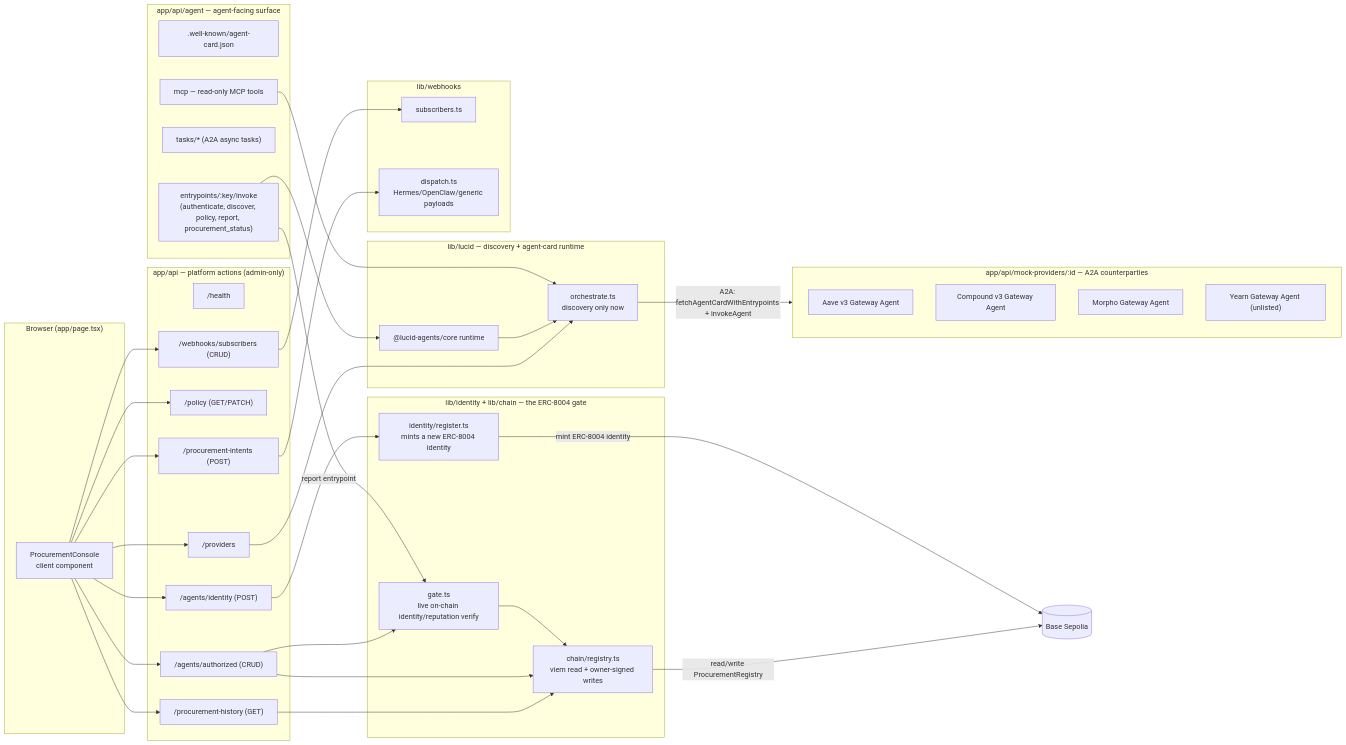
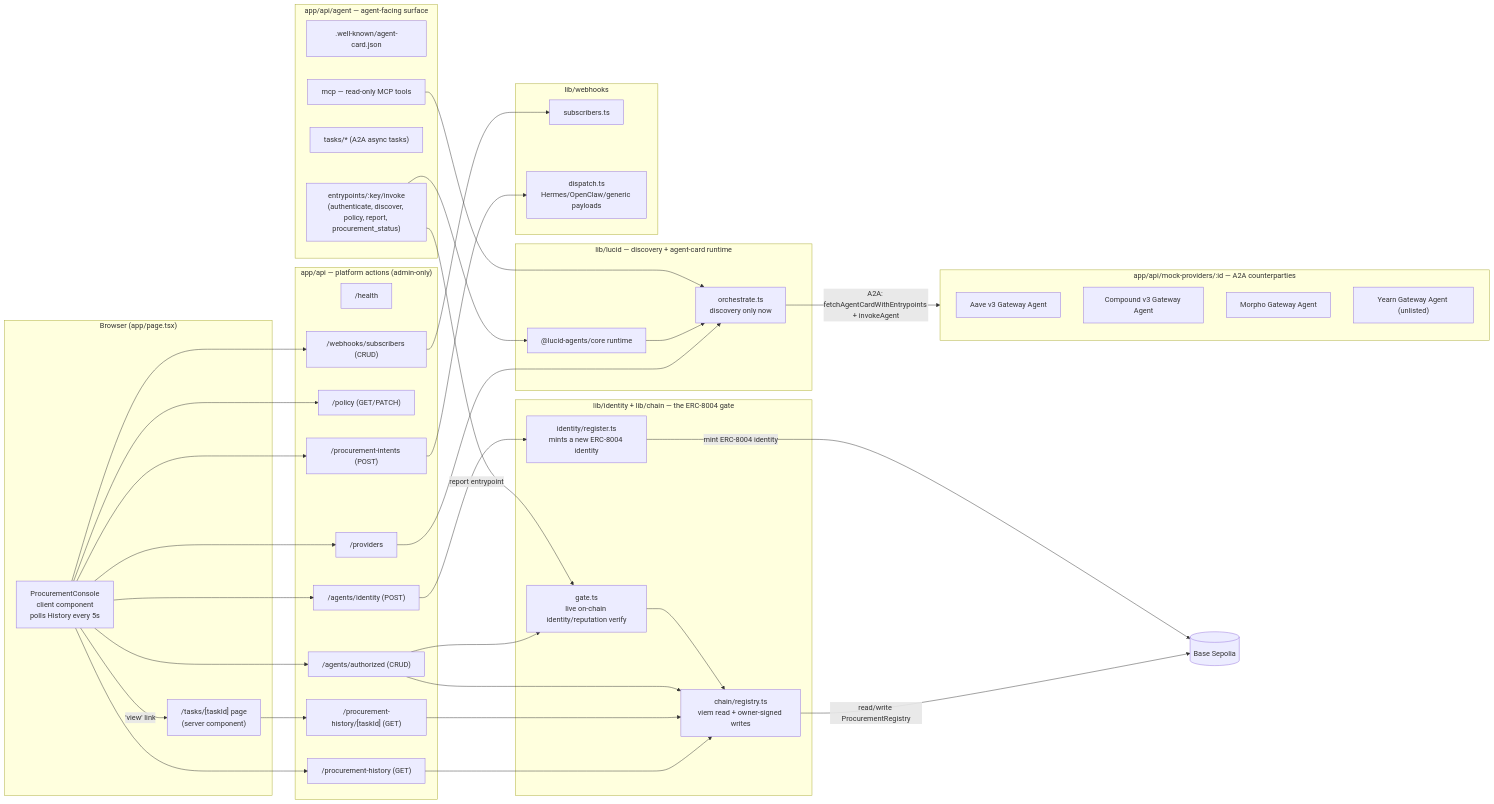
The first of 2 diagrams in app/README.md (masaun/enterprise-procurement-agent-platform), drawn with Mermaid before and after one commit. The commit also changed other lines of this file and 14 other files, not shown here.

````diff
--- a/app/README.md
+++ b/app/README.md
@@ -23,64 +23,67 @@
 ```mermaid
 flowchart LR
     subgraph Browser["Browser (app/page.tsx)"]
-        UI["ProcurementConsole\nclient component"]
+        UI["ProcurementConsole\nclient component\npolls History every 5s"]
+        TaskPage["/tasks/[taskId] page\n(server component)"]
     end
 
     subgraph PlatformAPI["app/api — platform actions (admin-only)"]
         Health["/health"]
         Providers["/providers"]
         Policy["/policy (GET/PATCH)"]
         Intents["/procurement-intents (POST)"]
         History["/procurement-history (GET)"]
+        HistoryOne["/procurement-history/[taskId] (GET)"]
         Webhooks["/webhooks/subscribers (CRUD)"]
         IdentityReg["/agents/identity (POST)"]
         Agents["/agents/authorized (CRUD)"]
     end
 
     subgraph AgentAPI["app/api/agent — agent-facing surface"]
         Card[".well-known/agent-card.json"]
         Entry["entrypoints/:key/invoke\n(authenticate, discover, policy, report, procurement_status)"]
         Tasks["tasks/* (A2A async tasks)"]
         MCP["mcp — read-only MCP tools"]
     end
 
     subgraph Runtime["lib/lucid — discovery + agent-card runtime"]
         Agent["@lucid-agents/core runtime"]
         Orchestrate["orchestrate.ts\ndiscovery only now"]
     end
 
     subgraph Gate["lib/identity + lib/chain — the ERC-8004 gate"]
         GateTs["gate.ts\nlive on-chain identity/reputation verify"]
         Register["identity/register.ts\nmints a new ERC-8004 identity"]
         Registry["chain/registry.ts\nviem read + owner-signed writes"]
     end
 
     subgraph Mock["app/api/mock-providers/:id — A2A counterparties"]
         Aave["Aave v3 Gateway Agent"]
         Compound["Compound v3 Gateway Agent"]
         Morpho["Morpho Gateway Agent"]
         Yearn["Yearn Gateway Agent (unlisted)"]
     end
 
     subgraph Hooks["lib/webhooks"]
         Subs["subscribers.ts"]
         Dispatch["dispatch.ts\nHermes/OpenClaw/generic payloads"]
     end
 
     UI --> Policy
     UI --> Intents --> Dispatch
     UI --> Providers --> Orchestrate
     UI --> History --> Registry
+    UI -->|"'view' link"| TaskPage --> HistoryOne --> Registry
     UI --> Webhooks --> Subs
     UI --> IdentityReg --> Register
     UI --> Agents --> GateTs
     Agents --> Registry
     Entry --> Agent
     Agent --> Orchestrate
     Entry -->|report entrypoint| GateTs
     GateTs --> Registry
     MCP --> Orchestrate
     Orchestrate -->|"A2A: fetchAgentCardWithEntrypoints + invokeAgent"| Mock
     Registry -->|"read/write ProcurementRegistry"| Chain[("Base Sepolia")]
     Register -->|"mint ERC-8004 identity"| Chain
 ```
````
